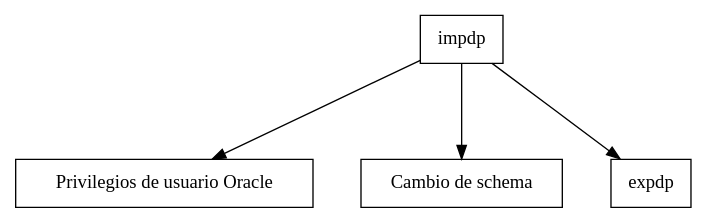
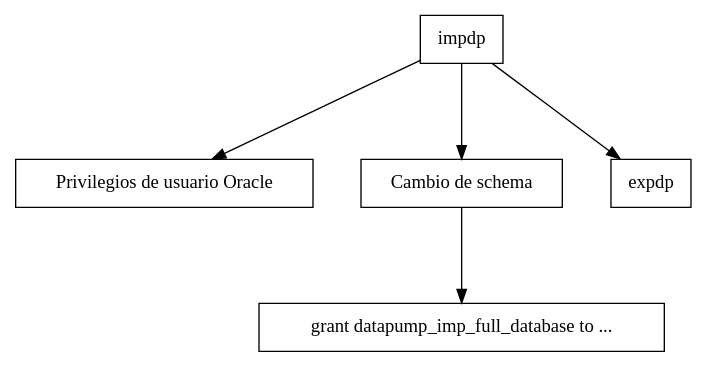
One commit to overdrive80/apuntes-clase changed the second of 2 diagrams in sistemas-gestores-bbdd-asir2/apuntes/2/asgbd-02-exportar-e-importar.org. Above: the diagram before and after it, drawn with Graphviz. The commit also changed 4 other files, not shown here.

Commit message:
DATAPUMP_IMP_FULL_DATABASE

```diff
--- a/sistemas-gestores-bbdd-asir2/apuntes/2/asgbd-02-exportar-e-importar.org
+++ b/sistemas-gestores-bbdd-asir2/apuntes/2/asgbd-02-exportar-e-importar.org
@@ -622,12 +622,13 @@
 #+begin_src dot :file ./media/dependencias-impdp.svg :exports results :cmdline -Tsvg
 digraph{
   graph [nodesep=0.5, ranksep=1]
   node [ shape="box"]
   edge [fontname="courier", fontsize="10"]
   splines=true
 
   "impdp" -> "Privilegios de usuario Oracle" 
   "impdp" -> "Cambio de schema"
+  "Cambio de schema" -> "grant datapump_imp_full_database to ..."
   "impdp" -> "expdp"
 }
 #+end_src
```
